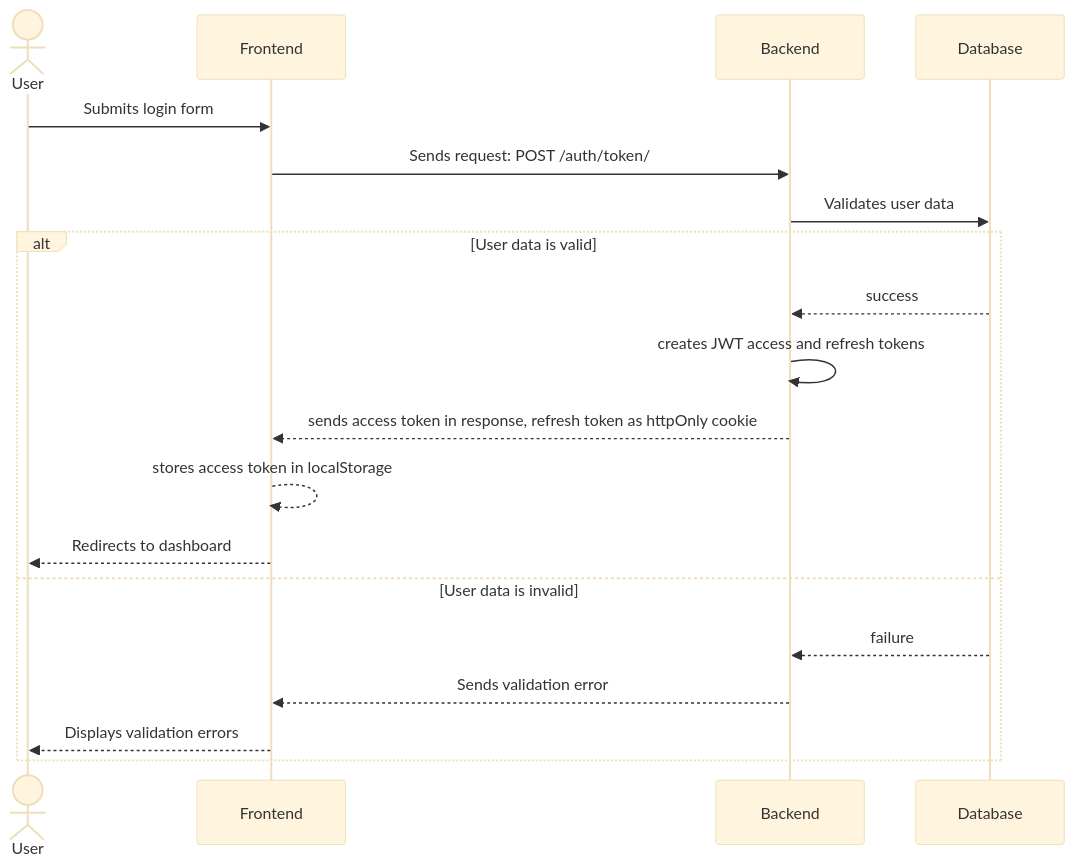
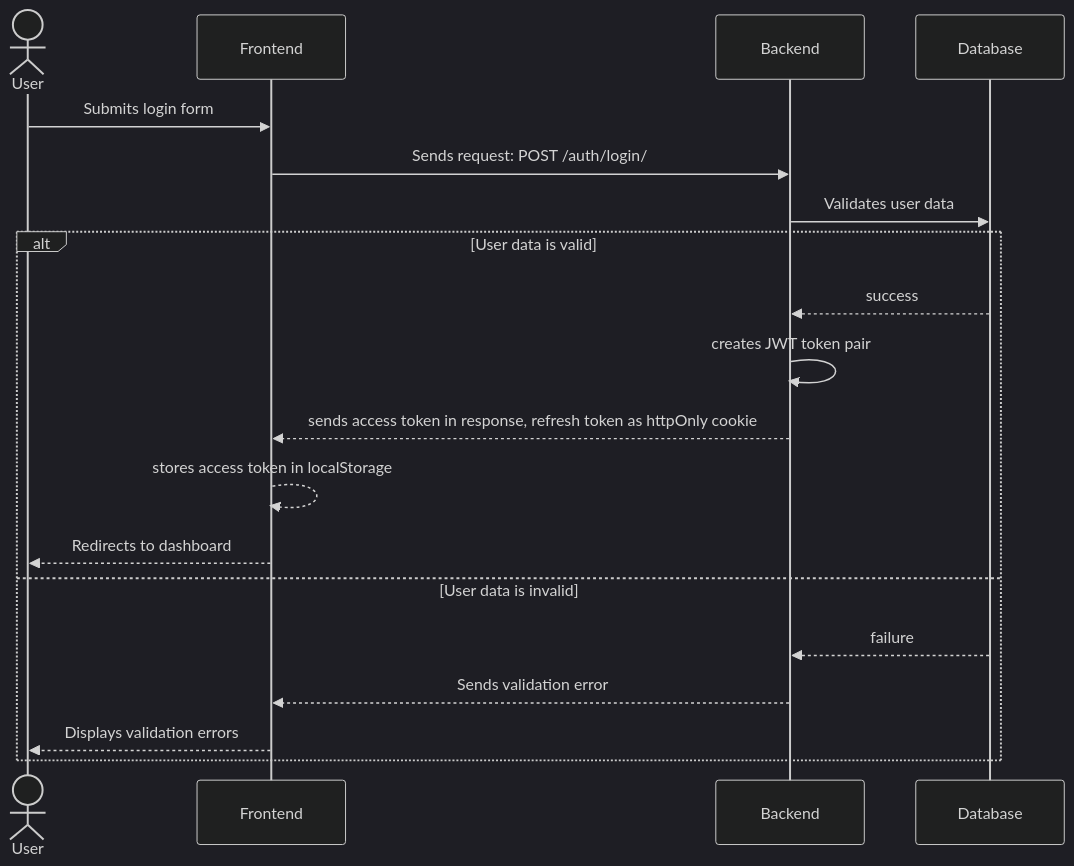
The diagram in docs/auth/login.mmd (mandacode/mandacodigo-backend), drawn with Mermaid before and after one commit. The commit also changed 3 other files, not shown here.

Commit message:
Add base color for mermaid diagrams

```diff
--- a/docs/auth/login.mmd
+++ b/docs/auth/login.mmd
@@ -1,23 +1,23 @@
-%%{init: {'theme':'base'}}%%
+%%{init: {'theme':'dark'}}%%
 
 sequenceDiagram
     actor User
     participant FE as Frontend
     participant BE as Backend
     participant DB as Database
 
     User ->> FE: Submits login form
-    FE ->> BE: Sends request: POST /auth/token/
+    FE ->> BE: Sends request: POST /auth/login/
     BE ->> DB: Validates user data
 
     alt User data is valid
         DB -->> BE: success
-        BE ->> BE: creates JWT access and refresh tokens
+        BE ->> BE: creates JWT token pair
         BE -->> FE: sends access token in response, refresh token as httpOnly cookie
         FE -->> FE: stores access token in localStorage
         FE -->> User: Redirects to dashboard
     else User data is invalid
         DB -->> BE: failure
         BE -->> FE: Sends validation error
         FE -->> User: Displays validation errors
     end
```
